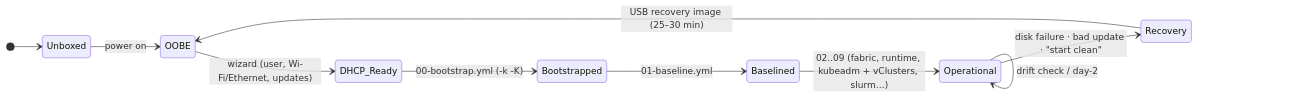
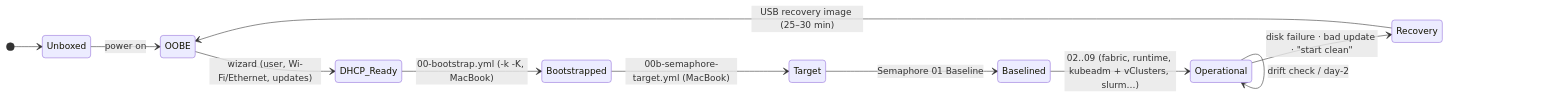
The first of 4 diagrams in 01 Ansible/06-bare-metal-os-provisioning-pxe-and-redfish.md (cloudone365/technical-depth), drawn with Mermaid before and after one commit. The commit also changed other lines of this file and 37 other files, not shown here.

First line of the commit message:
Docs: Semaphore + vault01 management plane, dgx-spark-01 as a target

````diff
--- a/01 Ansible/06-bare-metal-os-provisioning-pxe-and-redfish.md
+++ b/01 Ansible/06-bare-metal-os-provisioning-pxe-and-redfish.md
@@ -23,13 +23,14 @@
 ```mermaid
 stateDiagram-v2
   direction LR
   [*] --> Unboxed
   Unboxed --> OOBE: power on
   OOBE --> DHCP_Ready: wizard (user, Wi-Fi/Ethernet, updates)
-  DHCP_Ready --> Bootstrapped: 00-bootstrap.yml (-k -K)
-  Bootstrapped --> Baselined: 01-baseline.yml
+  DHCP_Ready --> Bootstrapped: 00-bootstrap.yml (-k -K, MacBook)
+  Bootstrapped --> Target: 00b-semaphore-target.yml (MacBook)
+  Target --> Baselined: Semaphore 01 Baseline
   Baselined --> Operational: 02..09 (fabric, runtime, kubeadm + vClusters, slurm…)
   Operational --> Operational: drift check / day-2
   Operational --> Recovery: disk failure · bad update · "start clean"
   Recovery --> OOBE: USB recovery image (25–30 min)
 ```
````
